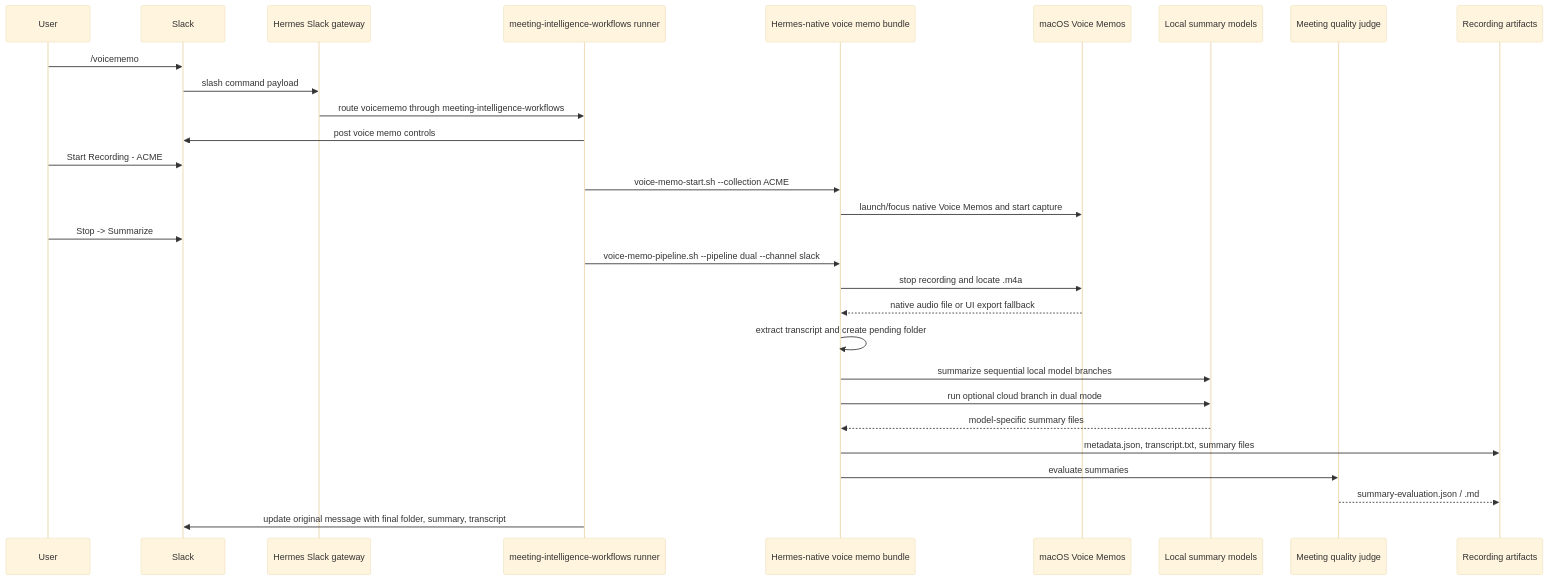
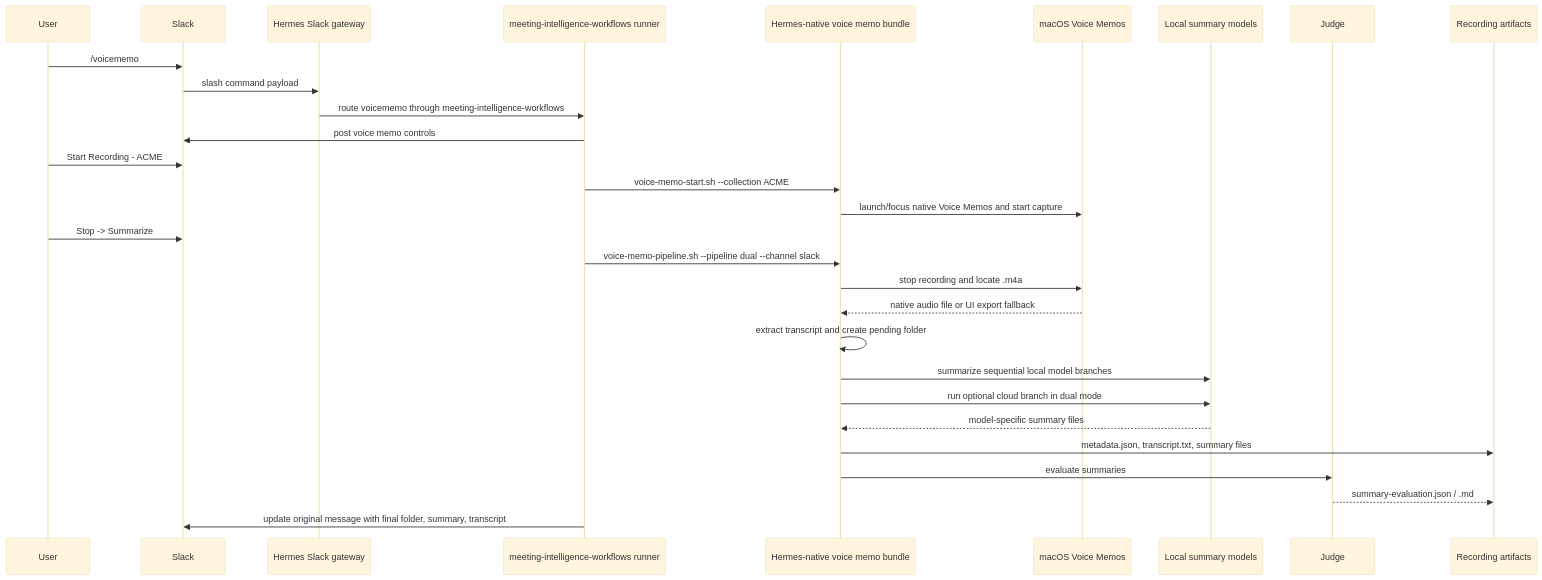
One commit to jbelnick/meeting-intelligence-pipelines changed the diagram in docs/real-workflow.md. Above: the diagram before and after it, drawn with Mermaid (base theme). The commit also changed 2 other files, not shown here.

Commit message:
Simplify judge naming

````diff
--- a/docs/real-workflow.md
+++ b/docs/real-workflow.md
@@ -7,32 +7,32 @@
 ```mermaid
 sequenceDiagram
     participant User
     participant Slack
     participant Hermes as Hermes Slack gateway
     participant Workflows as meeting-intelligence-workflows runner
     participant Native as Hermes-native voice memo bundle
     participant Mac as macOS Voice Memos
     participant Models as Local summary models
-    participant Judge as Meeting quality judge
+    participant Judge
     participant Store as Recording artifacts
 
     User->>Slack: /voicememo
     Slack->>Hermes: slash command payload
     Hermes->>Workflows: route voicememo through meeting-intelligence-workflows
     Workflows->>Slack: post voice memo controls
     User->>Slack: Start Recording - ACME
     Workflows->>Native: voice-memo-start.sh --collection ACME
     Native->>Mac: launch/focus native Voice Memos and start capture
     User->>Slack: Stop -> Summarize
     Workflows->>Native: voice-memo-pipeline.sh --pipeline dual --channel slack
     Native->>Mac: stop recording and locate .m4a
     Mac-->>Native: native audio file or UI export fallback
     Native->>Native: extract transcript and create pending folder
     Native->>Models: summarize sequential local model branches
     Native->>Models: run optional cloud branch in dual mode
     Models-->>Native: model-specific summary files
     Native->>Store: metadata.json, transcript.txt, summary files
     Native->>Judge: evaluate summaries
     Judge-->>Store: summary-evaluation.json / .md
     Workflows->>Slack: update original message with final folder, summary, transcript
 ```
````
